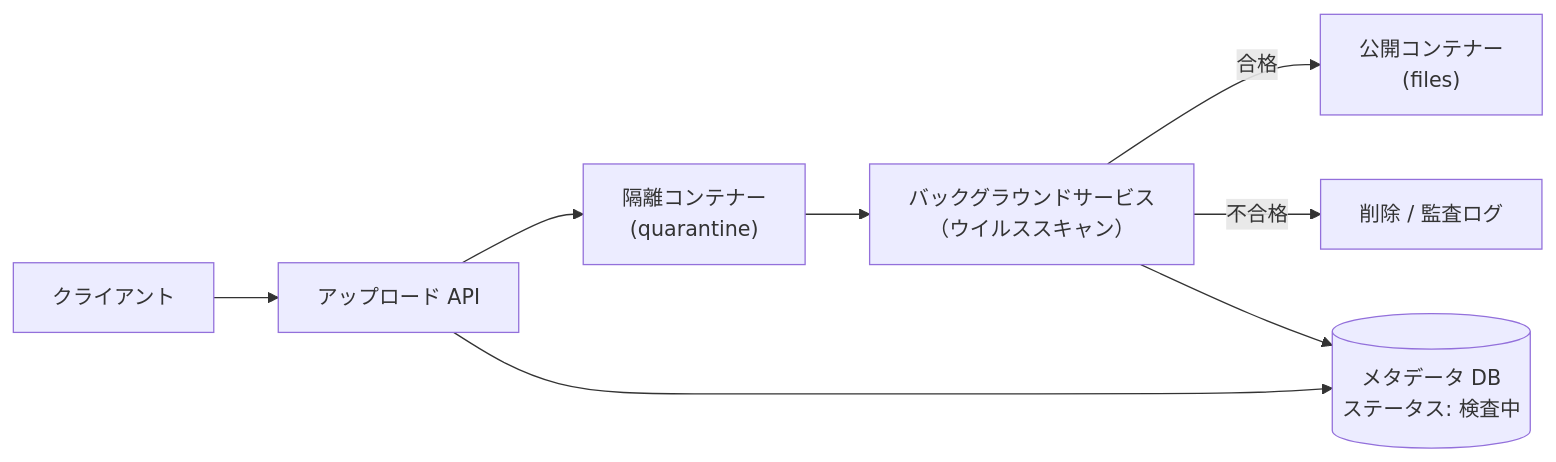
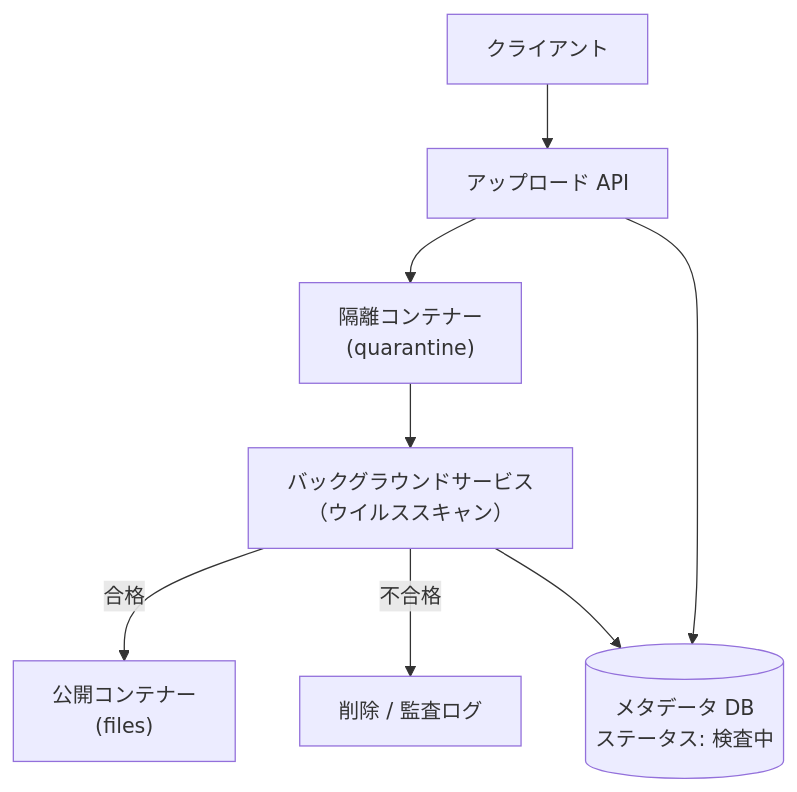
Before and after one commit to microsoft/aspnetcore-ja-handbook: the third of 8 diagrams in src/content/docs/07-file-upload-and-storage/index.md, drawn with Mermaid. The commit also changed other lines of this file, not shown here.

First line of the commit message:
メタデータとタグの大文字小文字の扱いを追記し、mermaid 図の可読性を改善

````diff
--- a/src/content/docs/07-file-upload-and-storage/index.md
+++ b/src/content/docs/07-file-upload-and-storage/index.md
@@ -1046,10 +1046,10 @@
 ```mermaid
-flowchart LR
+flowchart TB
     U["クライアント"] --> API["アップロード API"]
     API --> Q["隔離コンテナー\n(quarantine)"]
     API --> DB[("メタデータ DB\nステータス: 検査中")]
     Q --> W["バックグラウンドサービス\n（ウイルススキャン）"]
     W -->|合格| P["公開コンテナー\n(files)"]
     W -->|不合格| X["削除 / 監査ログ"]
     W --> DB
 ```
````
